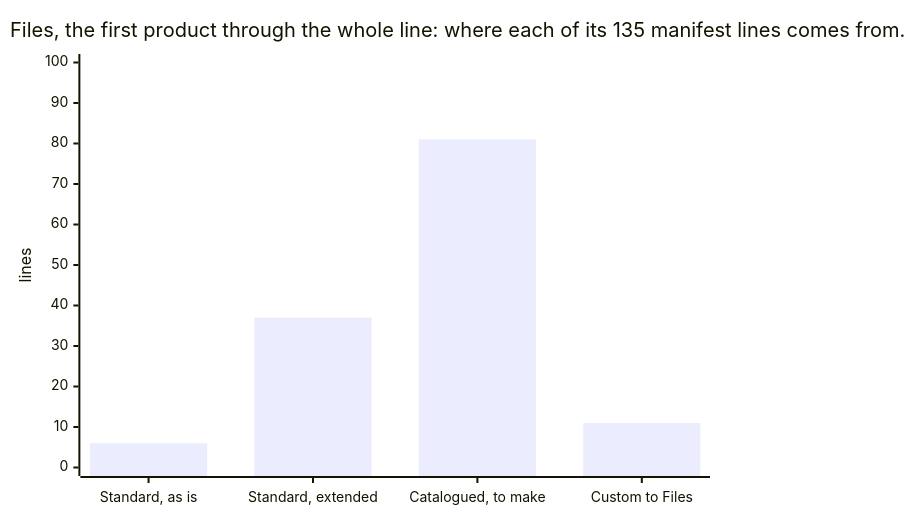
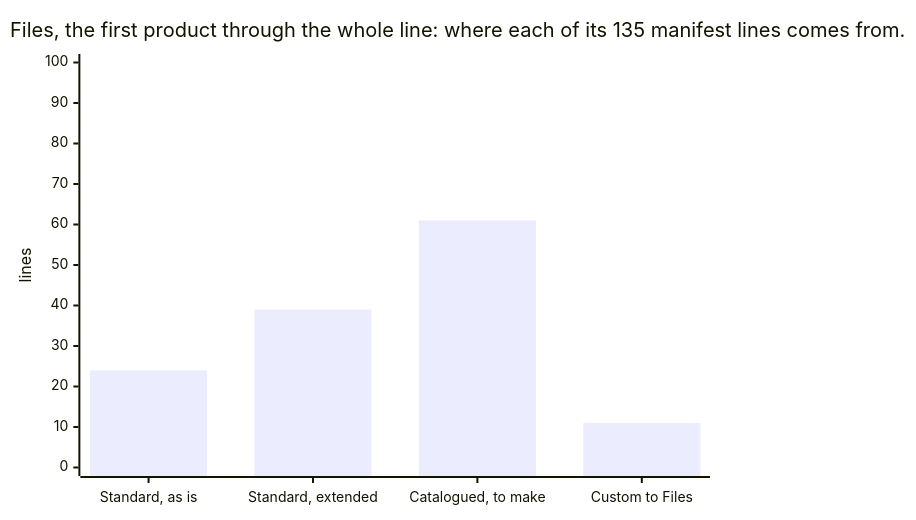
One commit to russlittle/ZTHR changed the second of 3 diagrams in intent/docs/line/engineering.md. Above: the diagram before and after it, drawn with Mermaid. The commit also changed other lines of this file and 29 other files, not shown here.

````diff
--- a/intent/docs/line/engineering.md
+++ b/intent/docs/line/engineering.md
@@ -65,7 +65,7 @@
 ```mermaid
 xychart-beta
   title "Files, the first product through the whole line: where each of its 135 manifest lines comes from."
   x-axis ["Standard, as is", "Standard, extended", "Catalogued, to make", "Custom to Files"]
   y-axis "lines" 0 --> 100
-  bar [6, 37, 81, 11]
+  bar [24, 39, 61, 11]
 ```
````
